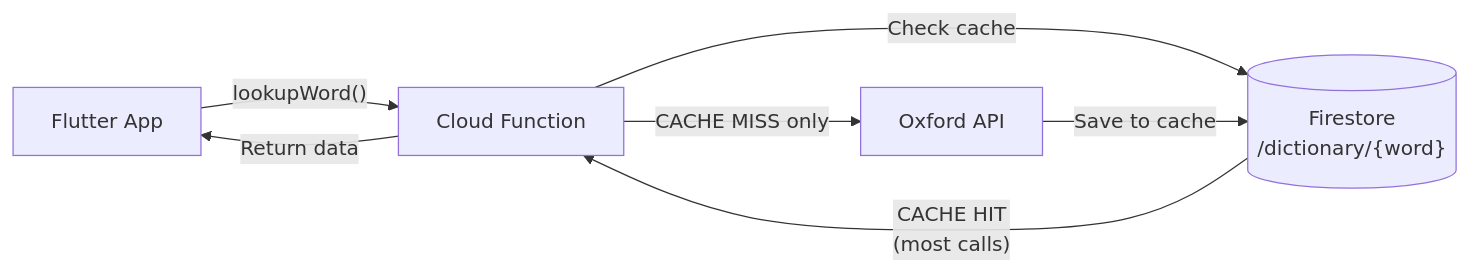
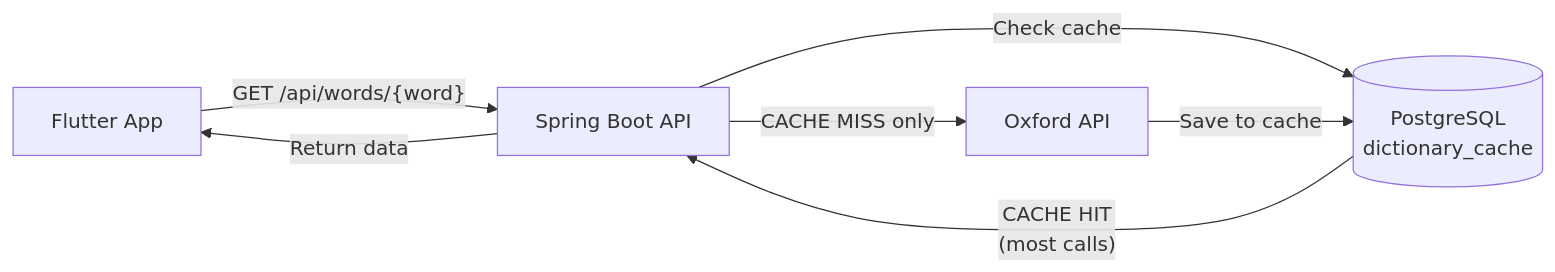
The sixth of 7 diagrams in docs/PROJECT.md (AnunnakiCosmoCrew/WordPower-docs), drawn with Mermaid before and after one commit. The commit also changed other lines of this file and 1 other file, not shown here.

````diff
--- a/docs/PROJECT.md
+++ b/docs/PROJECT.md
@@ -491,9 +548,9 @@
 ```mermaid
 flowchart LR
-    A["Flutter App"] -->|"lookupWord()"| B["Cloud Function"]
-    B -->|"Check cache"| C[("Firestore\n/dictionary/{word}")]
+    A["Flutter App"] -->|"GET /api/words/{word}"| B["Spring Boot API"]
+    B -->|"Check cache"| C[("PostgreSQL\ndictionary_cache")]
     C -->|"CACHE HIT\n(most calls)"| B
     B -->|"CACHE MISS only"| D["Oxford API"]
     D -->|"Save to cache"| C
     B -->|"Return data"| A
 ```
````
